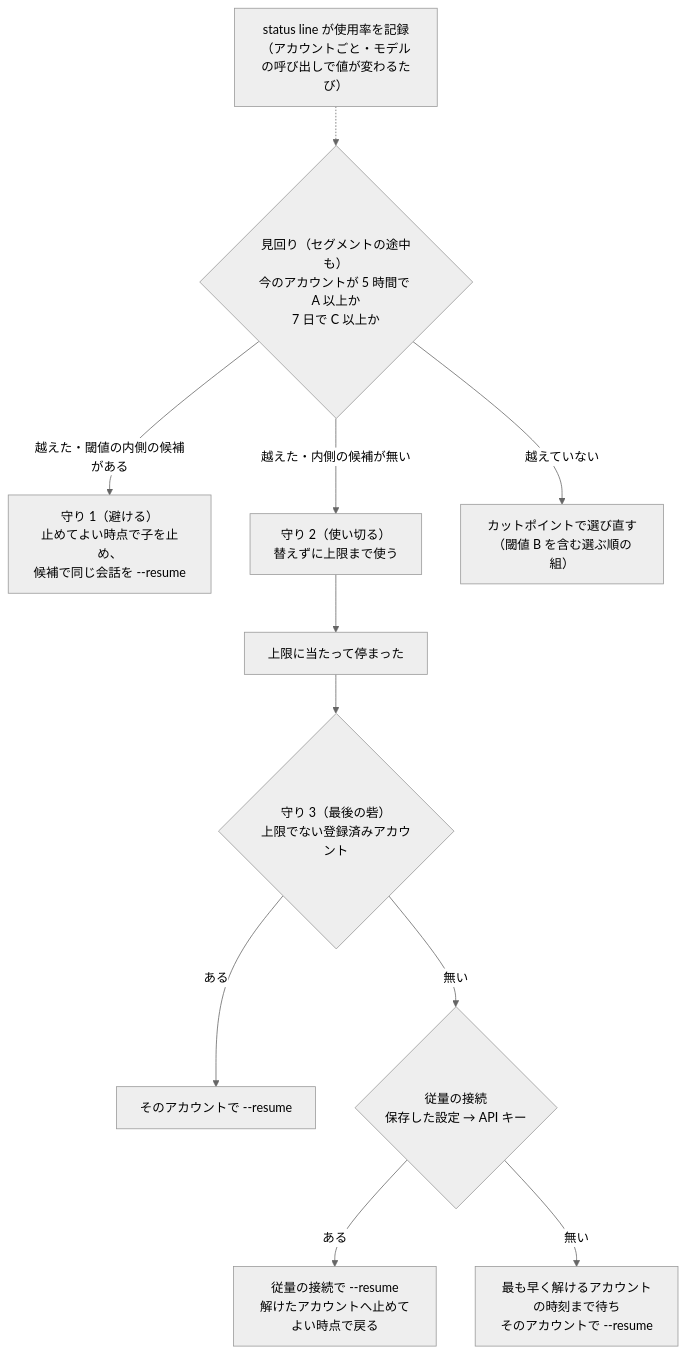
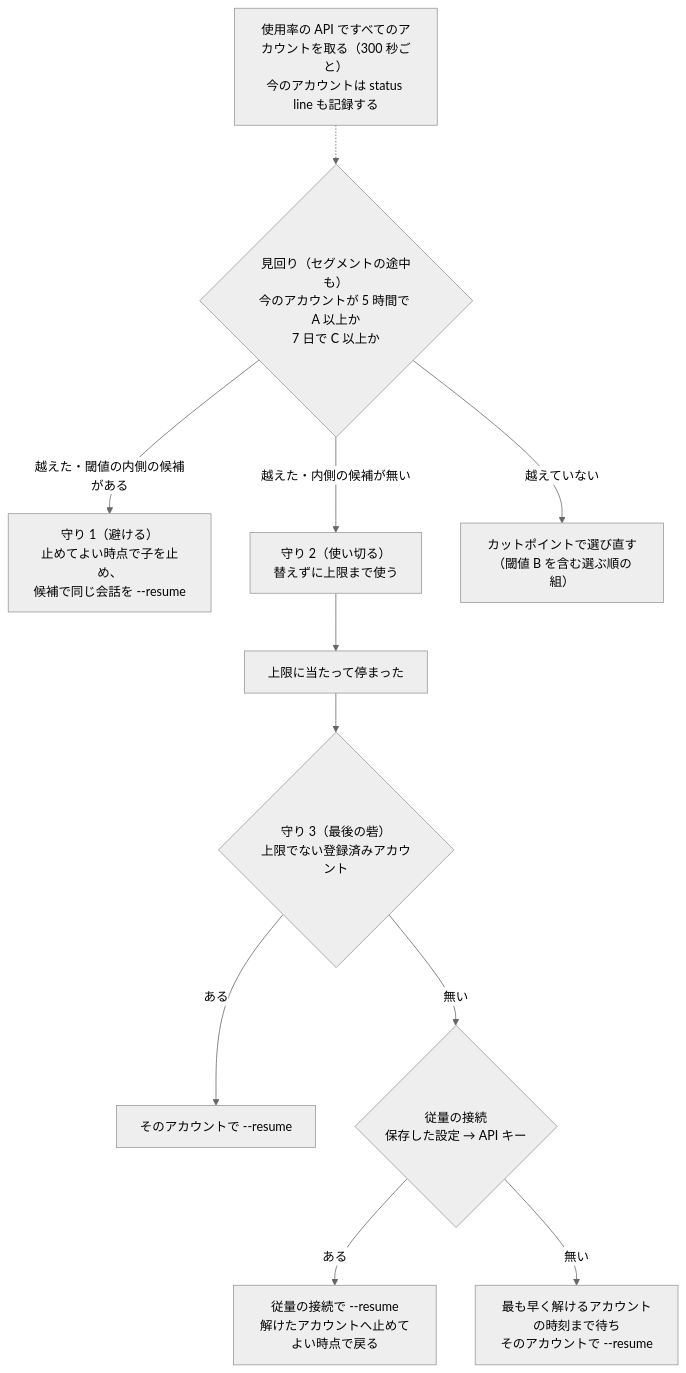
The second of 5 diagrams in issues/issue-3604-3864-design.md (devbasex/ai-plugins), drawn with Mermaid (neutral theme) before and after one commit. The commit also changed other lines of this file, not shown here.

First line of the commit message:
Docs: 利用者の決定（2026-11-22）に沿って、使用率を 10 系と同じく使用率の API ですべてのアカウントから取り、トークンの更新を .oauth_refresh.lock の排他で移し、rate_limits を代わりの経路にする（決定 4。レッドラインと判断 5 の表に行を足す）（#3604 #3864）

````diff
--- a/issues/issue-3604-3864-design.md
+++ b/issues/issue-3604-3864-design.md
@@ -93,14 +93,14 @@
 ```mermaid
 flowchart TD
-  OBS["status line が使用率を記録<br/>（アカウントごと・モデルの呼び出しで値が変わるたび）"] -.-> J
+  OBS["使用率の API ですべてのアカウントを取る（300 秒ごと）<br/>今のアカウントは status line も記録する"] -.-> J
   J{"見回り（セグメントの途中も）<br/>今のアカウントが 5 時間で A 以上か<br/>7 日で C 以上か"}
   J -- "越えた・閾値の内側の候補がある" --> G1["守り 1（避ける）<br/>止めてよい時点で子を止め、<br/>候補で同じ会話を --resume"]
   J -- "越えた・内側の候補が無い" --> G2["守り 2（使い切る）<br/>替えずに上限まで使う"]
   J -- "越えていない" --> CUT["カットポイントで選び直す<br/>（閾値 B を含む選ぶ順の組）"]
   G2 --> HIT["上限に当たって停まった"]
   HIT --> G3{"守り 3（最後の砦）<br/>上限でない登録済みアカウント"}
   G3 -- "ある" --> R1["そのアカウントで --resume"]
   G3 -- "無い" --> M{"従量の接続<br/>保存した設定 → API キー"}
   M -- "ある" --> R2["従量の接続で --resume<br/>解けたアカウントへ止めてよい時点で戻る"]
   M -- "無い" --> WT["最も早く解けるアカウントの時刻まで待ち<br/>そのアカウントで --resume"]
 ```
````
